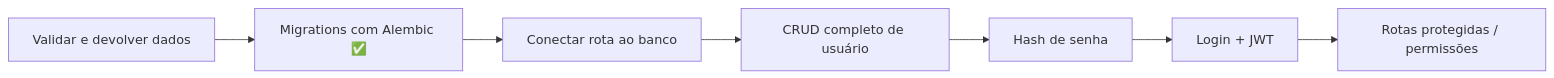
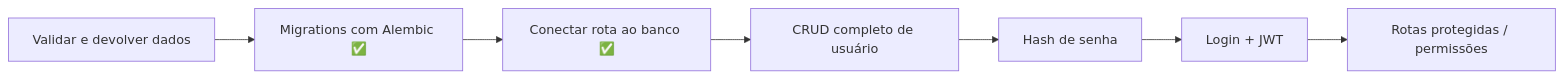
Before and after one commit to ViniciosMSantos/backend: the fourth of 4 diagrams in docs/resumo-estudos.md, drawn with Mermaid. The commit also changed other lines of this file and 6 other files, not shown here.

````diff
--- a/docs/resumo-estudos.md
+++ b/docs/resumo-estudos.md
@@ -709,9 +985,9 @@
 ```mermaid
 graph LR
     A[Validar e devolver dados] --> M["Migrations com Alembic ✅"]
-    M --> B[Conectar rota ao banco]
+    M --> B["Conectar rota ao banco ✅"]
     B --> C[CRUD completo de usuário]
     C --> D[Hash de senha]
     D --> E[Login + JWT]
     E --> F[Rotas protegidas / permissões]
 ```
````
